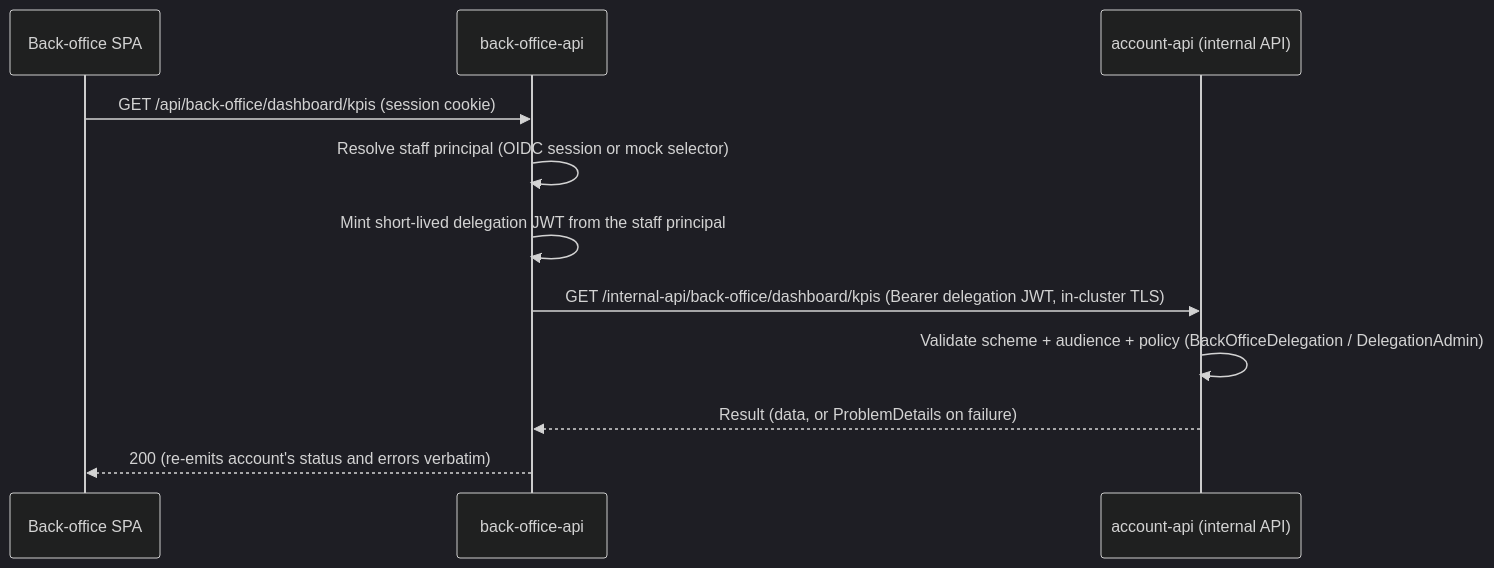
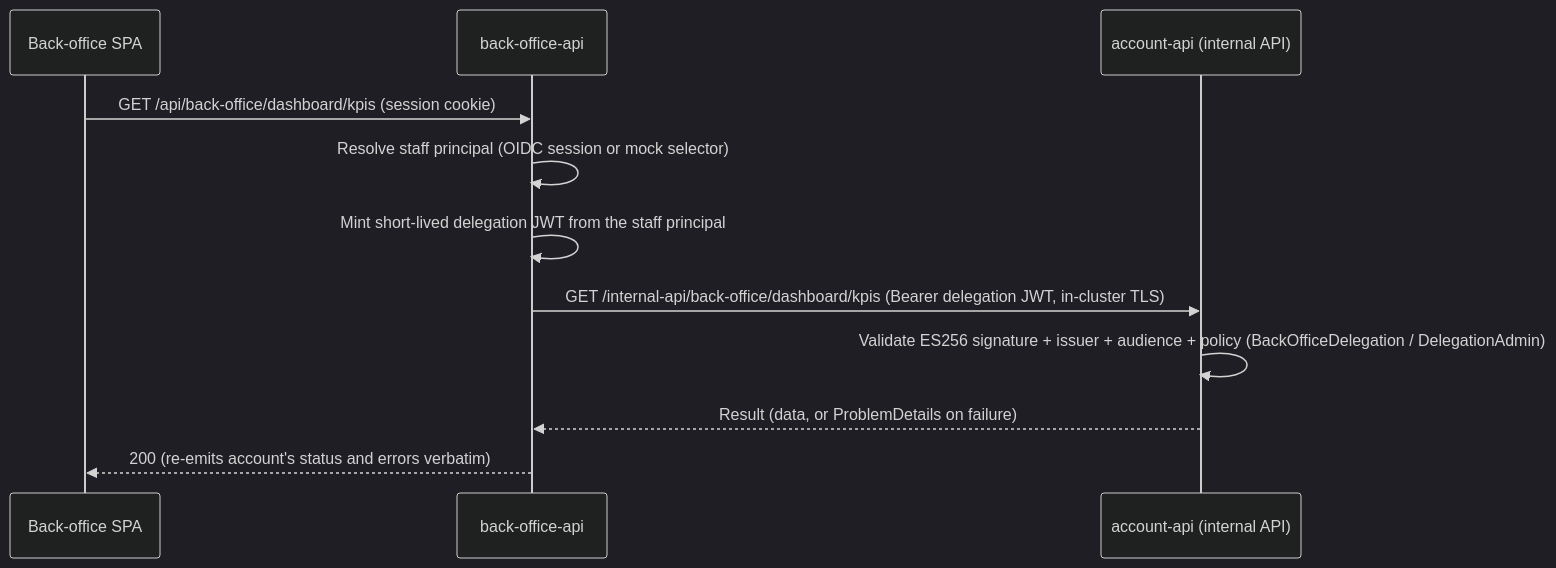
Before and after one commit to tinytek-io/EuropeanPlatform: the diagram in application/README.md, drawn with Mermaid (dark theme). The commit also changed other lines of this file and 14 other files, not shown here.

Commit message:
Sign back-office delegation tokens with a dedicated ES256 key pair

````diff
--- a/application/README.md
+++ b/application/README.md
@@ -159,14 +159,14 @@
 ```mermaid
 sequenceDiagram
     participant SPA as Back-office SPA
     participant BO as back-office-api
     participant API as account-api (internal API)
 
     SPA->>BO: GET /api/back-office/dashboard/kpis (session cookie)
     BO->>BO: Resolve staff principal (OIDC session or mock selector)
     BO->>BO: Mint short-lived delegation JWT from the staff principal
     BO->>API: GET /internal-api/back-office/dashboard/kpis (Bearer delegation JWT, in-cluster TLS)
-    API->>API: Validate scheme + audience + policy (BackOfficeDelegation / DelegationAdmin)
+    API->>API: Validate ES256 signature + issuer + audience + policy (BackOfficeDelegation / DelegationAdmin)
     API-->>BO: Result (data, or ProblemDetails on failure)
     BO-->>SPA: 200 (re-emits account's status and errors verbatim)
 ```
````
